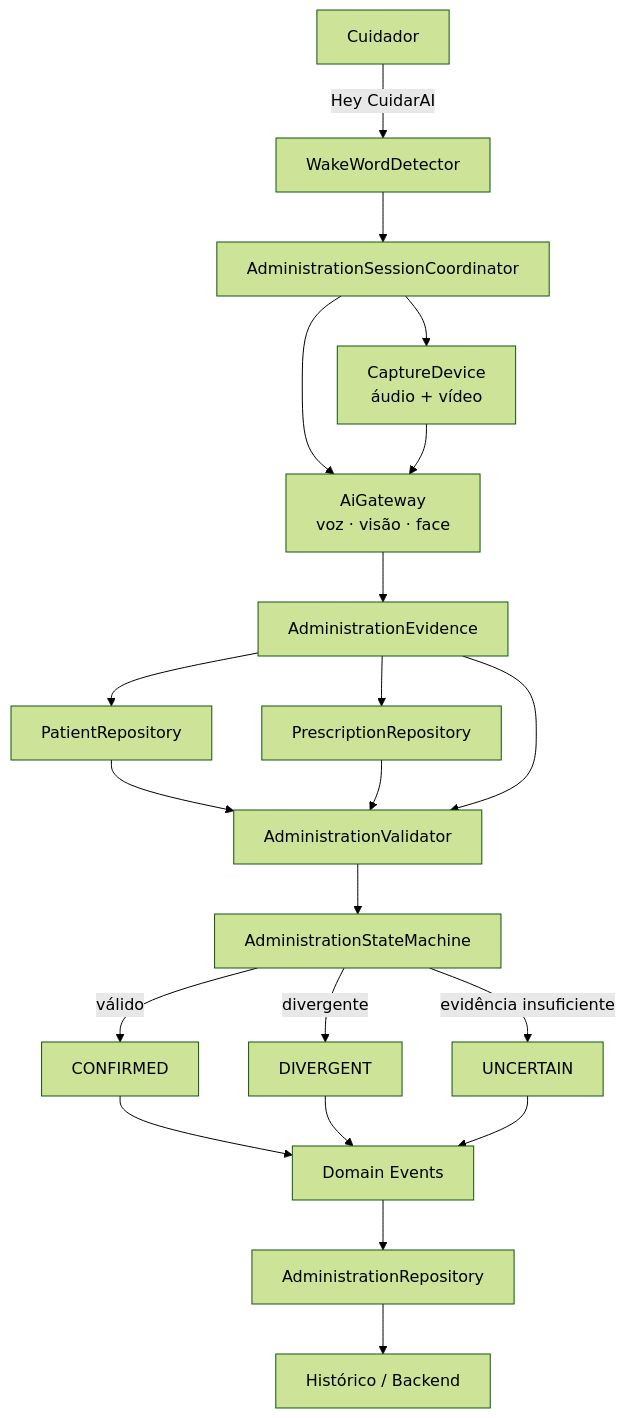
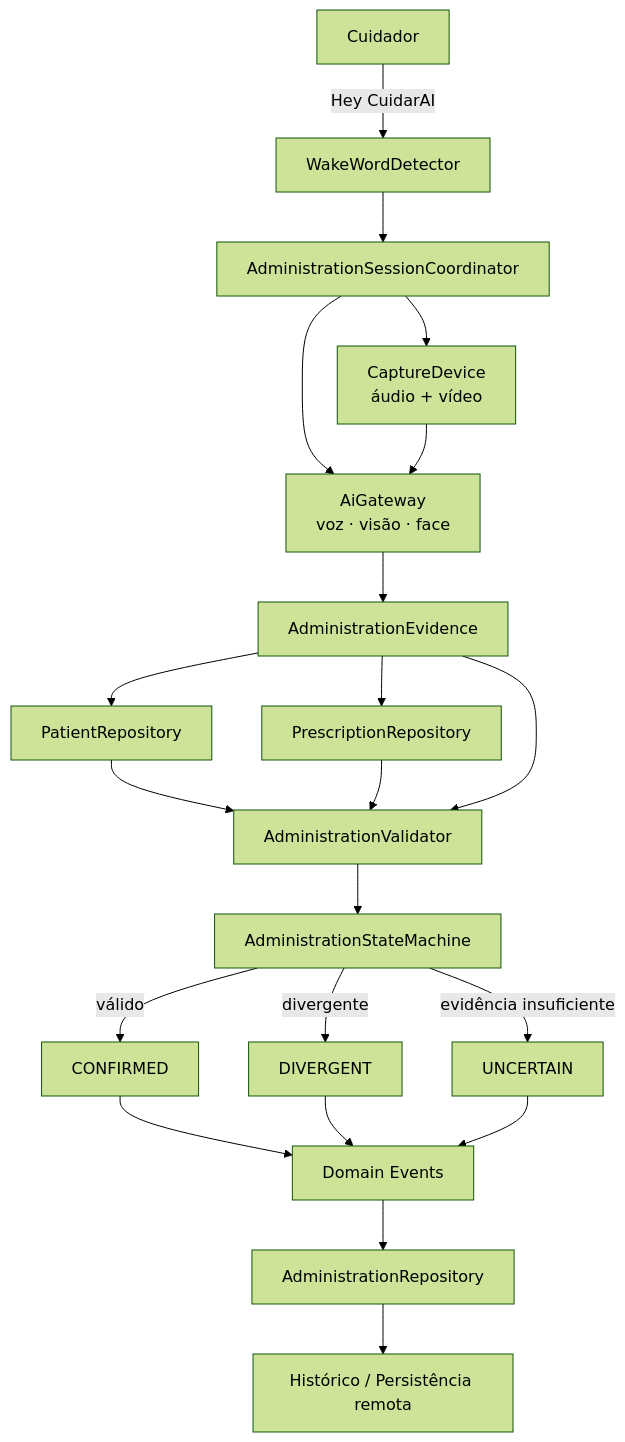
The third of 26 diagrams in diagramas-mermaid.md (jaimejcs/CuidarAI), drawn with Mermaid (forest theme) before and after one commit. The commit also changed other lines of this file and 20 other files, not shown here.

````diff
--- a/diagramas-mermaid.md
+++ b/diagramas-mermaid.md
@@ -77,27 +79,27 @@
 ```mermaid
 flowchart TD
     C[Cuidador] -->|"Hey CuidarAI"| W[WakeWordDetector]
     W --> S[AdministrationSessionCoordinator]
 
     S --> CD[CaptureDevice<br/>áudio + vídeo]
     S --> AI[AiGateway<br/>voz · visão · face]
     CD --> AI
     AI --> E[AdministrationEvidence]
 
     E --> PR[PatientRepository]
     E --> RX[PrescriptionRepository]
     PR --> V[AdministrationValidator]
     RX --> V
     E --> V
 
     V --> FSM[AdministrationStateMachine]
     FSM -->|válido| OK[CONFIRMED]
     FSM -->|divergente| DG[DIVERGENT]
     FSM -->|evidência insuficiente| UN[UNCERTAIN]
 
     OK --> EV[Domain Events]
     DG --> EV
     UN --> EV
     EV --> AR[AdministrationRepository]
-    AR --> HB[Histórico / Backend]
+    AR --> HB[Histórico / Persistência remota]
 ```
````
